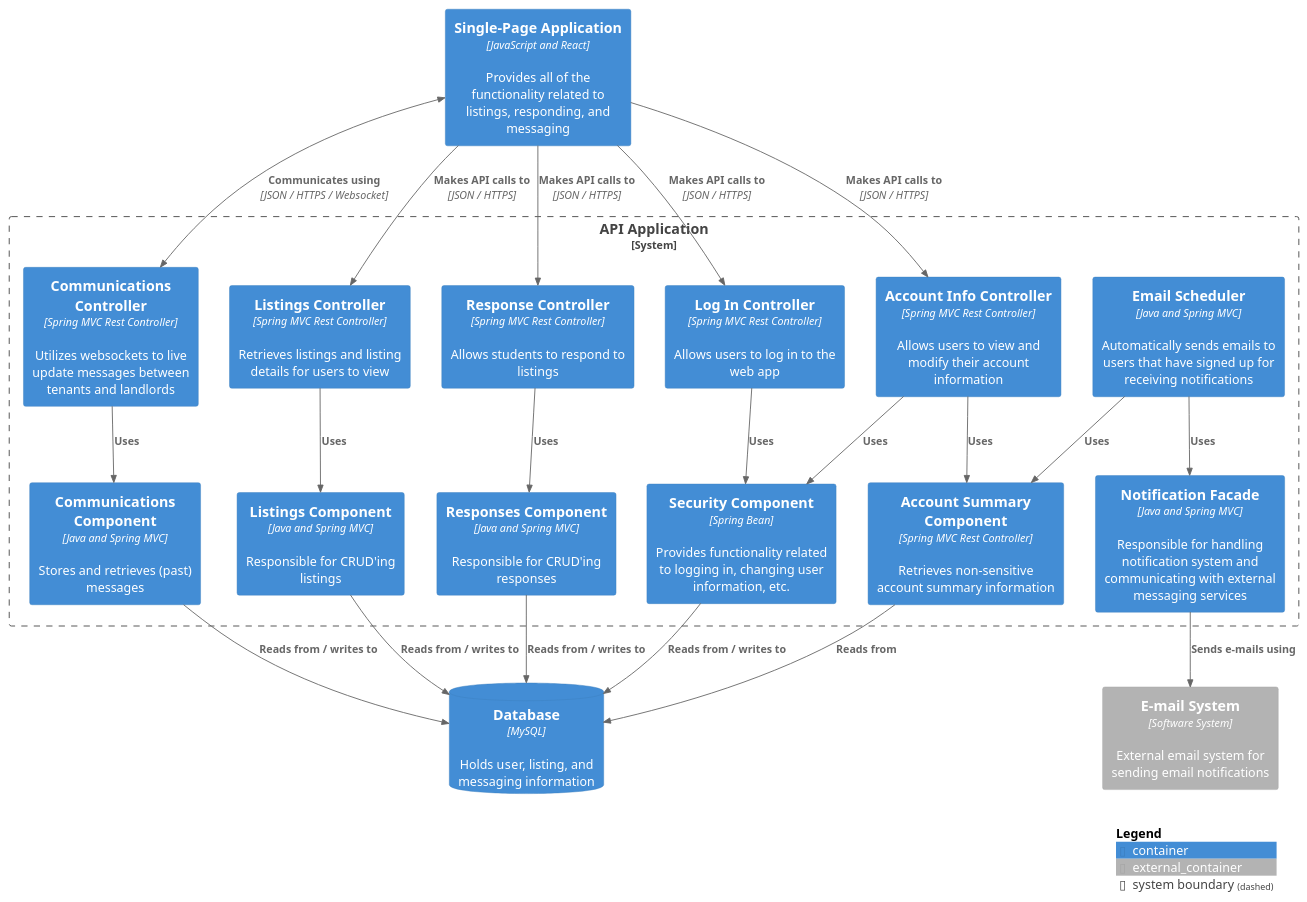
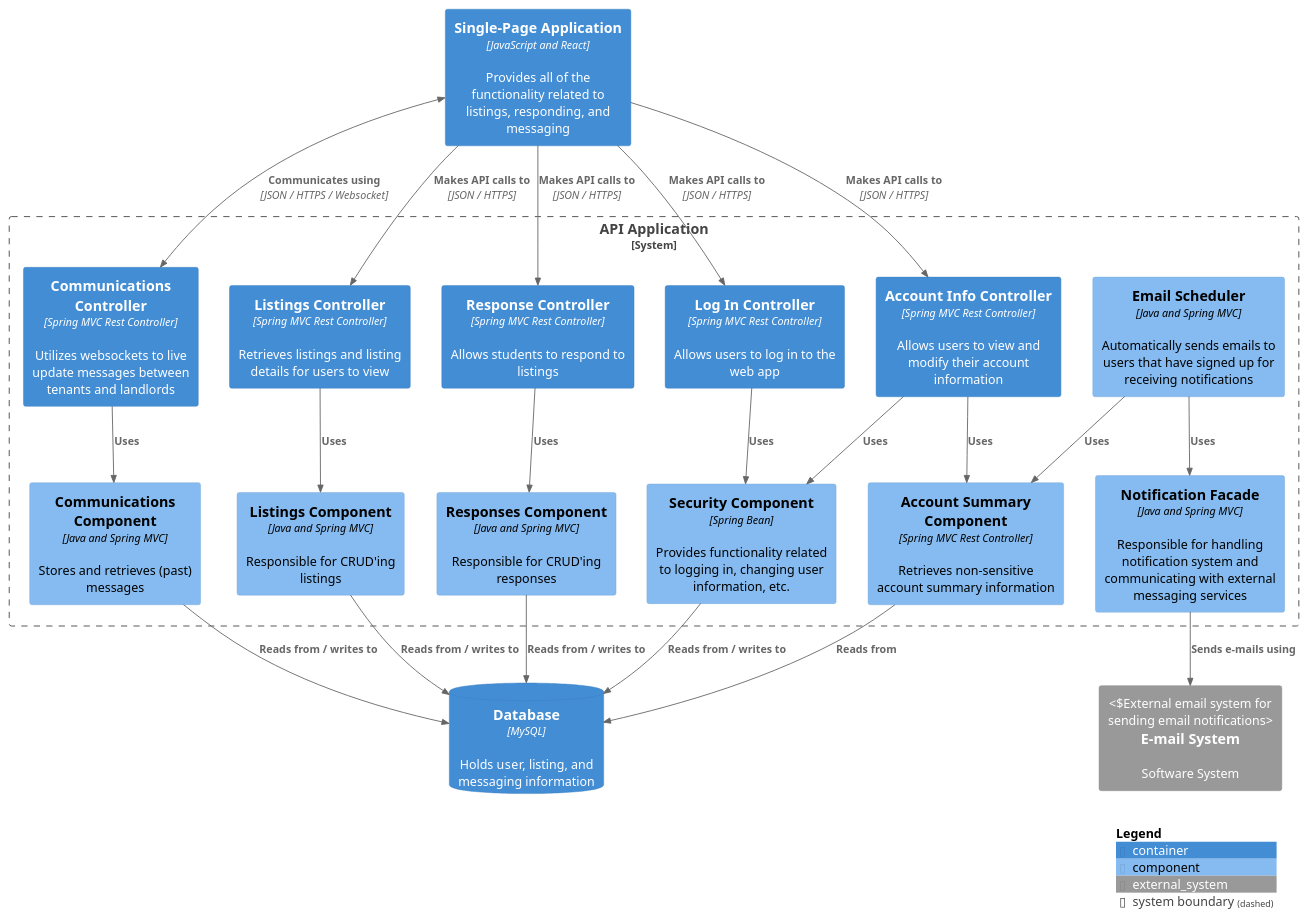
The diagram in docs/uml-diagrams/c3-diagram.puml (lex-kort/s3-roomies-backend), drawn with PlantUML before and after one commit. The commit also changed 3 other files, not shown here.

Commit message:
- Update C4 Diagrams - Modify CORS header

```diff
--- a/docs/uml-diagrams/c3-diagram.puml
+++ b/docs/uml-diagrams/c3-diagram.puml
@@ -1,48 +1,49 @@
 @startuml "C3 Diagram"
 !include https://raw.githubusercontent.com/plantuml-stdlib/C4-PlantUML/master/C4_Container.puml
+!include https://raw.githubusercontent.com/plantuml-stdlib/C4-PlantUML/master/C4_Component.puml
 
 Container(sp_app, "Single-Page Application", "JavaScript and React", "Provides all of the functionality related to listings, responding, and messaging")
 
 System_Boundary(c3, "API Application", "Container"){
     Container(ctrl_comms, "Communications Controller", "Spring MVC Rest Controller", "Utilizes websockets to live update messages between tenants and landlords")
     Container(ctrl_listings, "Listings Controller", "Spring MVC Rest Controller", "Retrieves listings and listing details for users to view")
     Container(ctrl_respond, "Response Controller", "Spring MVC Rest Controller", "Allows students to respond to listings")
     Container(ctrl_login, "Log In Controller", "Spring MVC Rest Controller", "Allows users to log in to the web app")
     Container(ctrl_accinfo, "Account Info Controller", "Spring MVC Rest Controller", "Allows users to view and modify their account information")
     
-    Container(comp_comms, "Communications Component", "Java and Spring MVC", "Stores and retrieves (past) messages")
-    Container(comp_listings, "Listings Component", "Java and Spring MVC", "Responsible for CRUD'ing listings")
-    Container(comp_responses, "Responses Component", "Java and Spring MVC", "Responsible for CRUD'ing responses")
-    Container(comp_security, "Security Component", "Spring Bean", "Provides functionality related to logging in, changing user information, etc.")
-    Container(comp_accsummary, "Account Summary Component", "Spring MVC Rest Controller", "Retrieves non-sensitive account summary information")
-    Container(comp_notiffacade, "Notification Facade", "Java and Spring MVC", "Responsible for handling notification system and communicating with external messaging services")
-    Container(comp_emailsched, "Email Scheduler", "Java and Spring MVC", "Automatically sends emails to users that have signed up for receiving notifications")
+    Component(comp_comms, "Communications Component", "Java and Spring MVC", "Stores and retrieves (past) messages")
+    Component(comp_listings, "Listings Component", "Java and Spring MVC", "Responsible for CRUD'ing listings")
+    Component(comp_responses, "Responses Component", "Java and Spring MVC", "Responsible for CRUD'ing responses")
+    Component(comp_security, "Security Component", "Spring Bean", "Provides functionality related to logging in, changing user information, etc.")
+    Component(comp_accsummary, "Account Summary Component", "Spring MVC Rest Controller", "Retrieves non-sensitive account summary information")
+    Component(comp_notiffacade, "Notification Facade", "Java and Spring MVC", "Responsible for handling notification system and communicating with external messaging services")
+    Component(comp_emailsched, "Email Scheduler", "Java and Spring MVC", "Automatically sends emails to users that have signed up for receiving notifications")
 }
 
 ContainerDb(db, "Database", "MySQL", "Holds user, listing, and messaging information")
-Container_Ext(mail_serv, "E-mail System", "Software System", "External email system for sending email notifications")
+System_Ext(mail_serv, "E-mail System", "Software System", "External email system for sending email notifications")
 
 BiRel(sp_app, ctrl_comms, "Communicates using", "JSON / HTTPS / Websocket")
 Rel(sp_app, ctrl_login, "Makes API calls to", "JSON / HTTPS")
 Rel(sp_app, ctrl_listings, "Makes API calls to", "JSON / HTTPS")
 Rel(sp_app, ctrl_accinfo, "Makes API calls to", "JSON / HTTPS")
 Rel(sp_app, ctrl_respond, "Makes API calls to", "JSON / HTTPS")
 
 Rel(ctrl_comms, comp_comms, "Uses")
 Rel(ctrl_login, comp_security, "Uses")
 Rel(ctrl_accinfo, comp_security, "Uses")
 Rel(ctrl_accinfo, comp_accsummary, "Uses")
 Rel(comp_emailsched, comp_accsummary, "Uses")
 Rel(comp_emailsched, comp_notiffacade, "Uses")
 Rel(ctrl_listings, comp_listings, "Uses")
 Rel(ctrl_respond, comp_responses, "Uses")
 
 Rel(comp_comms, db, "Reads from / writes to")
 Rel(comp_notiffacade, mail_serv, "Sends e-mails using")
 Rel(comp_security, db, "Reads from / writes to")
 Rel(comp_accsummary, db, "Reads from")
 Rel(comp_listings, db, "Reads from / writes to")
 Rel(comp_responses, db, "Reads from / writes to")
 
 SHOW_LEGEND()
 @enduml
```
